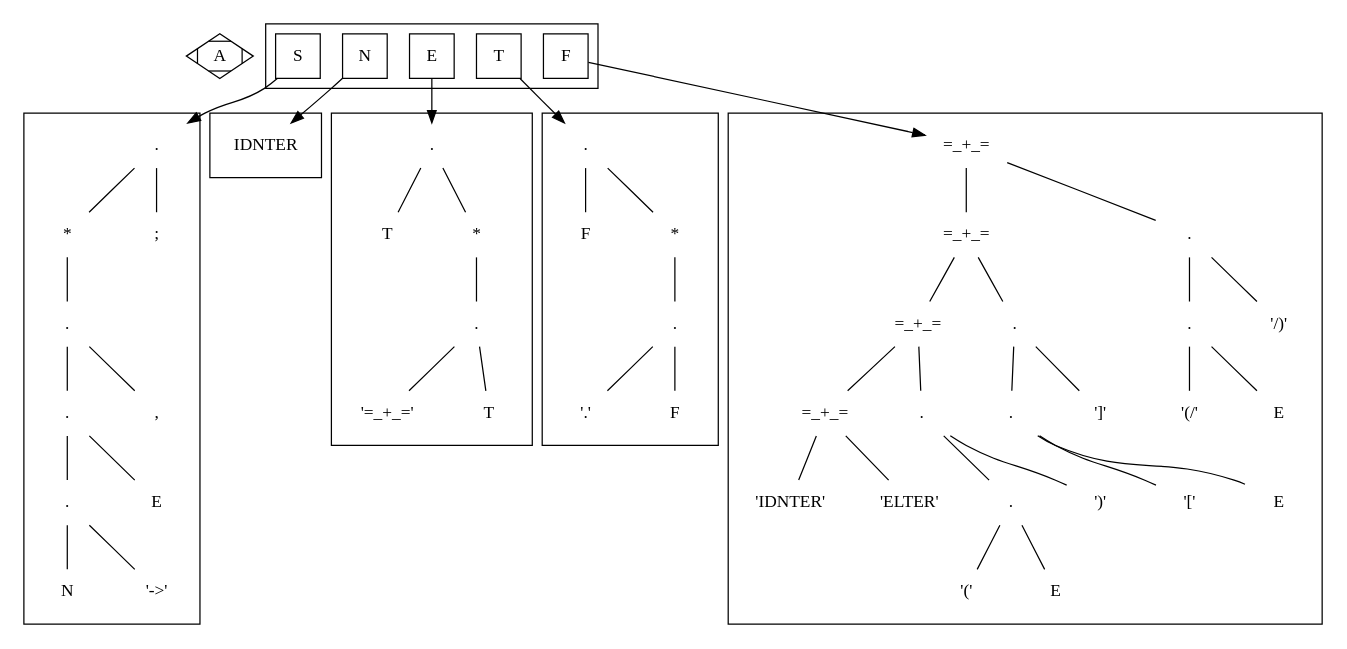
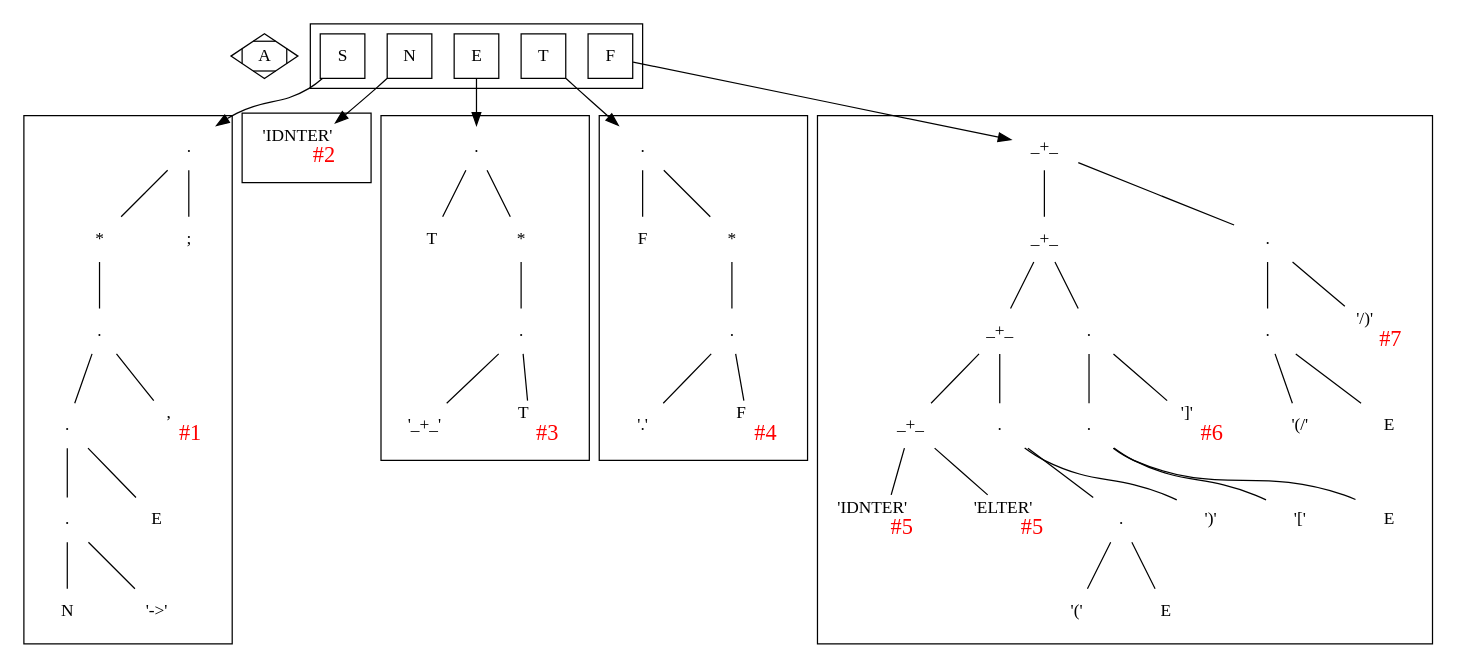
One commit to mooss/cours_m1 changed the second of 2 diagrams in compilation_propre.org. Above: the diagram before and after it, drawn with Graphviz. The commit also changed other lines of this file, not shown here.

Commit message:
ajout cours

```diff
--- a/compilation_propre.org
+++ b/compilation_propre.org
@@ -42,14 +42,17 @@
 }
 
 subgraph clusterS {
+
     edge [dir=none]
     node [shape=none, style=none];
     ls1  [ label = "." ];
+
     ls21 [ label = "*" ];
     ls22 [ label = ";" ];
     ls31 [ label = "." ];
     ls41 [ label = "." ];
-    ls42 [ label = "," ];
+    ls42 [ label =< ,<BR />
+        <FONT color="red" POINT-SIZE="18">#1</FONT>> ];
     ls51 [ label = "." ];
     ls52 [ label = "E" ];
     ls61 [ label = "N" ];
@@ -64,7 +67,8 @@
 
 subgraph clusterN {
     node [shape=none, style=none];
-    ln [ label="IDNTER"];
+    ln [ label=< 'IDNTER'<BR />
+        <FONT color="red" POINT-SIZE="18">#2</FONT>>];
 }
 
 subgraph clusterE {
@@ -74,8 +78,9 @@
     le21 [ label = "T" ];
     le22 [ label = "*" ];
     le31 [ label = "." ];
-    le41 [ label = "'=_+_='" ];
-    le42 [ label = "T" ];
+    le41 [ label = "'_+_'" ];
+    le42 [ label = < T <BR />
+        <FONT color="red" POINT-SIZE="18">#3</FONT>>];
 
     le1  -> { le21 le22 };
     le22 -> { le31 };
@@ -90,7 +95,8 @@
     lt22 [ label = "*" ];
     lt31 [ label = "." ];
     lt41 [ label = "'.'" ];
-    lt42 [ label = "F" ];
+    lt42 [ label = < F <BR />
+        <FONT color="red" POINT-SIZE="18">#4</FONT>>];
 
     lt1  -> { lt21 lt22 };
     lt22 -> { lt31 };
@@ -100,20 +106,24 @@
 subgraph clusterf {
     edge [dir=none]
     node [shape=none, style=none];
-    lf1  [ label = "=_+_=" ];
-    lf21  [ label = "=_+_=" ];
+    lf1  [ label = "_+_" ];
+    lf21  [ label = "_+_" ];
     lf22  [ label = "." ];
-    lf31  [ label = "=_+_=" ];
+    lf31  [ label = "_+_" ];
     lf32  [ label = "." ];
     lf33  [ label = "." ];
-    lf34  [ label = "'/)'" ];
-    lf41  [ label = "=_+_=" ];
+    lf34  [ label = < '/)' <BR />
+        <FONT color="red" POINT-SIZE="18">#7</FONT>>];
+    lf41  [ label = "_+_" ];
     lf42  [ label = "." ];
     lf44  [ label = "." ];
-    lf43  [ label = "']'" ];
+    lf43  [ label = < ']' <BR />
+        <FONT color="red" POINT-SIZE="18">#6</FONT>>];
     lf45  [ label = "'(/'" ];
-    lf51  [ label = "'IDNTER'" ];
-    lf52  [ label = "'ELTER'" ];
+    lf51  [ label = < 'IDNTER' <BR />
+        <FONT color="red" POINT-SIZE="18">#5</FONT>>];
+    lf52  [ label = < 'ELTER' <BR />
+        <FONT color="red" POINT-SIZE="18">#5</FONT>>];
     lf53  [ label = "." ];
     lf54  [ label = "')'" ];
     lf55  [ label = "'['" ];
@@ -143,4 +153,5 @@
   F -> lf1;
 
 }
+
 #+END_SRC
```
